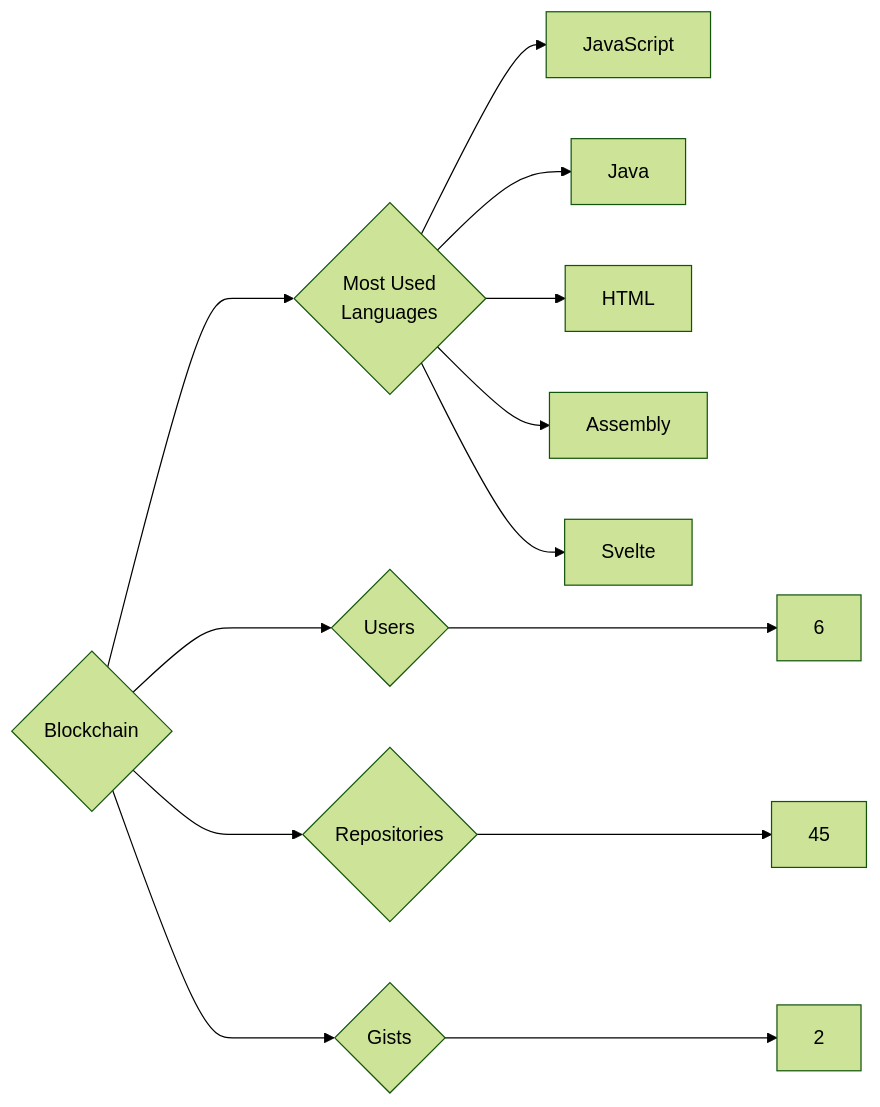
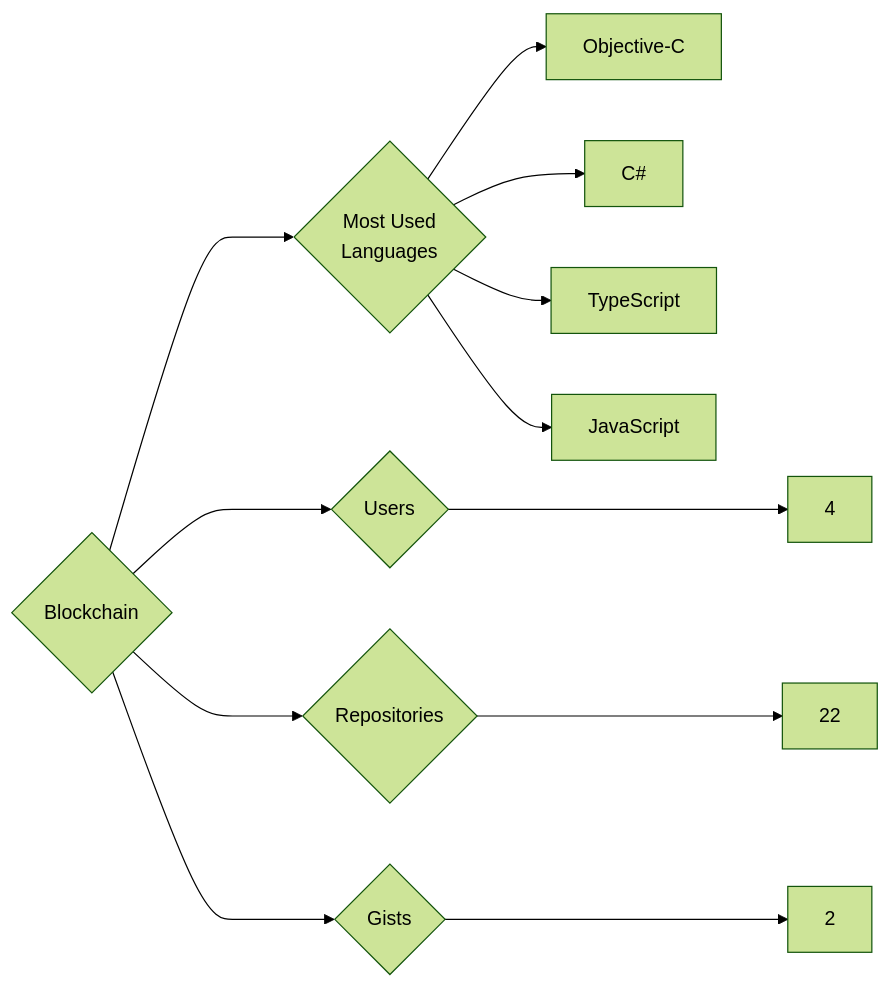
Before and after one commit to trickest/insiders: the diagram in targets/Blockchain/README.md, drawn with Mermaid (forest theme). The commit also changed 1003 other files, not shown here.

````diff
--- a/targets/Blockchain/README.md
+++ b/targets/Blockchain/README.md
@@ -3,13 +3,12 @@
 ```mermaid
 graph LR
 COMPANY_NAME{Blockchain}
-COMPANY_NAME ---> U{Users} ---> UN[6]
-COMPANY_NAME ---> R{Repositories} ---> RN[45]
+COMPANY_NAME ---> U{Users} ---> UN[4]
+COMPANY_NAME ---> R{Repositories} ---> RN[22]
 COMPANY_NAME ---> G{Gists} ---> GN[2]
 COMPANY_NAME ---> ML{Most Used<br>Languages}
+ML --> Objective-C[Objective-C]
+ML --> C#[C#]
+ML --> TypeScript[TypeScript]
 ML --> JavaScript[JavaScript]
-ML --> Java[Java]
-ML --> HTML[HTML]
-ML --> Assembly[Assembly]
-ML --> Svelte[Svelte]
 ```
````
